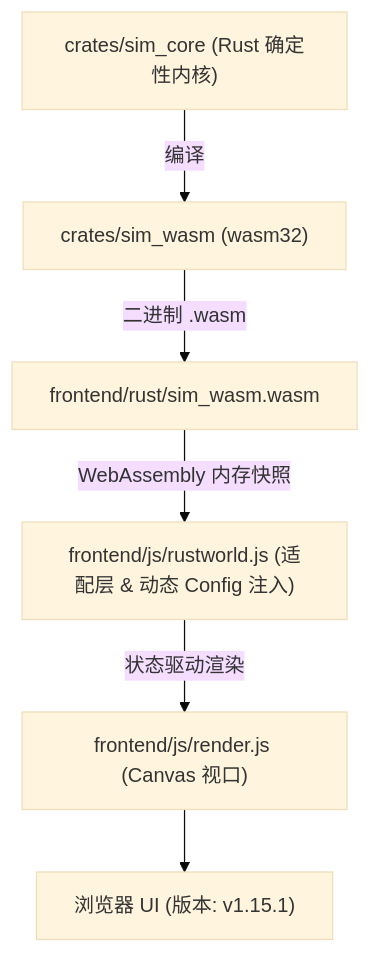
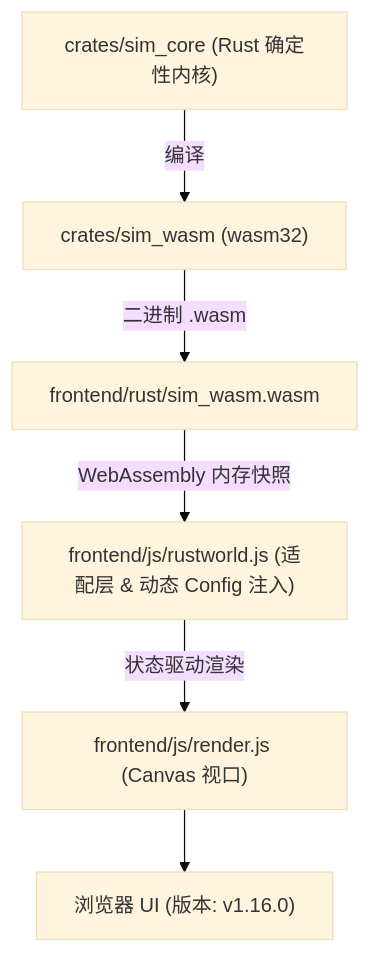
One commit to g39088902/FlowAndAccord changed the diagram in AGENTS.md. Above: the diagram before and after it, drawn with Mermaid (base theme). The commit also changed other lines of this file and 26 other files, not shown here.

````diff
--- a/AGENTS.md
+++ b/AGENTS.md
@@ -50,8 +50,8 @@
 ```mermaid
 graph TD
     A["crates/sim_core (Rust 确定性内核)"] -->|编译| B["crates/sim_wasm (wasm32)"]
     B -->|二进制 .wasm| C["frontend/rust/sim_wasm.wasm"]
     C -->|WebAssembly 内存快照| D["frontend/js/rustworld.js (适配层 & 动态 Config 注入)"]
     D -->|状态驱动渲染| E["frontend/js/render.js (Canvas 视口)"]
-    E --> F["浏览器 UI (版本: v1.15.1)"]
+    E --> F["浏览器 UI (版本: v1.16.0)"]
 ```
````
